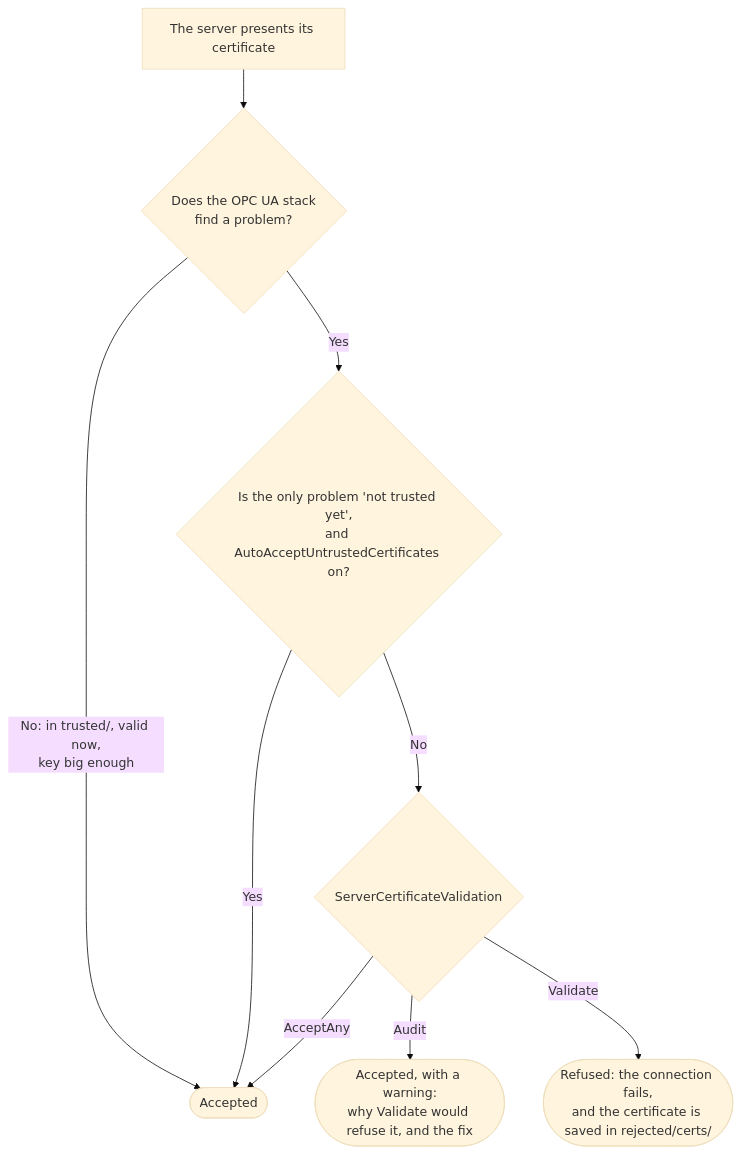
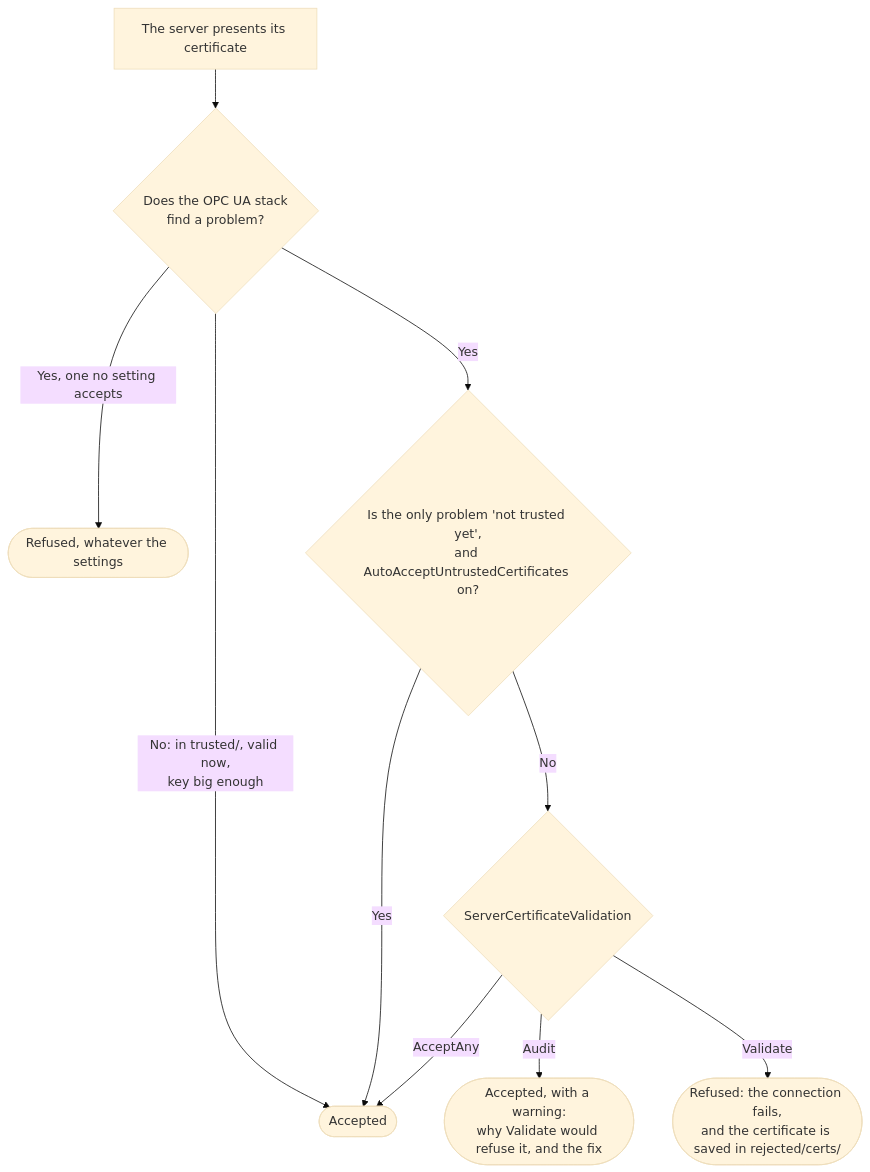
One commit to atc-net/atc-opc-ua changed the fifth of 5 diagrams in README.md. Above: the diagram before and after it, drawn with Mermaid (base theme). The commit also changed other lines of this file, not shown here.

````diff
--- a/README.md
+++ b/README.md
@@ -509,11 +511,12 @@
 ```mermaid
 flowchart TD
     A["The server presents its certificate"] --> B{"Does the OPC UA stack<br/>find a problem?"}
     B -- "No: in trusted/, valid now,<br/>key big enough" --> OK(["Accepted"])
+    B -- "Yes, one no setting accepts" --> X(["Refused, whatever the settings"])
     B -- "Yes" --> C{"Is the only problem 'not trusted yet',<br/>and AutoAcceptUntrustedCertificates on?"}
     C -- "Yes" --> OK
     C -- "No" --> D{"ServerCertificateValidation"}
     D -- "AcceptAny" --> OK
     D -- "Audit" --> W(["Accepted, with a warning:<br/>why Validate would refuse it, and the fix"])
     D -- "Validate" --> R(["Refused: the connection fails,<br/>and the certificate is saved in rejected/certs/"])
 ```
````
